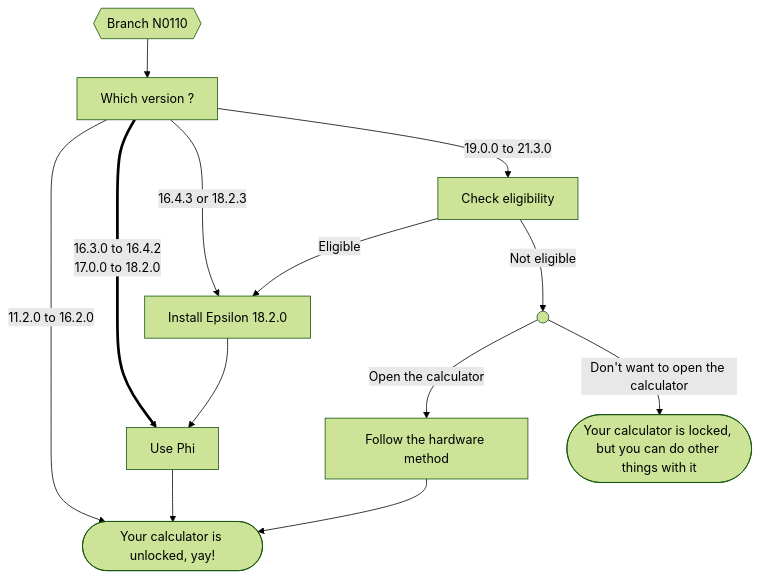
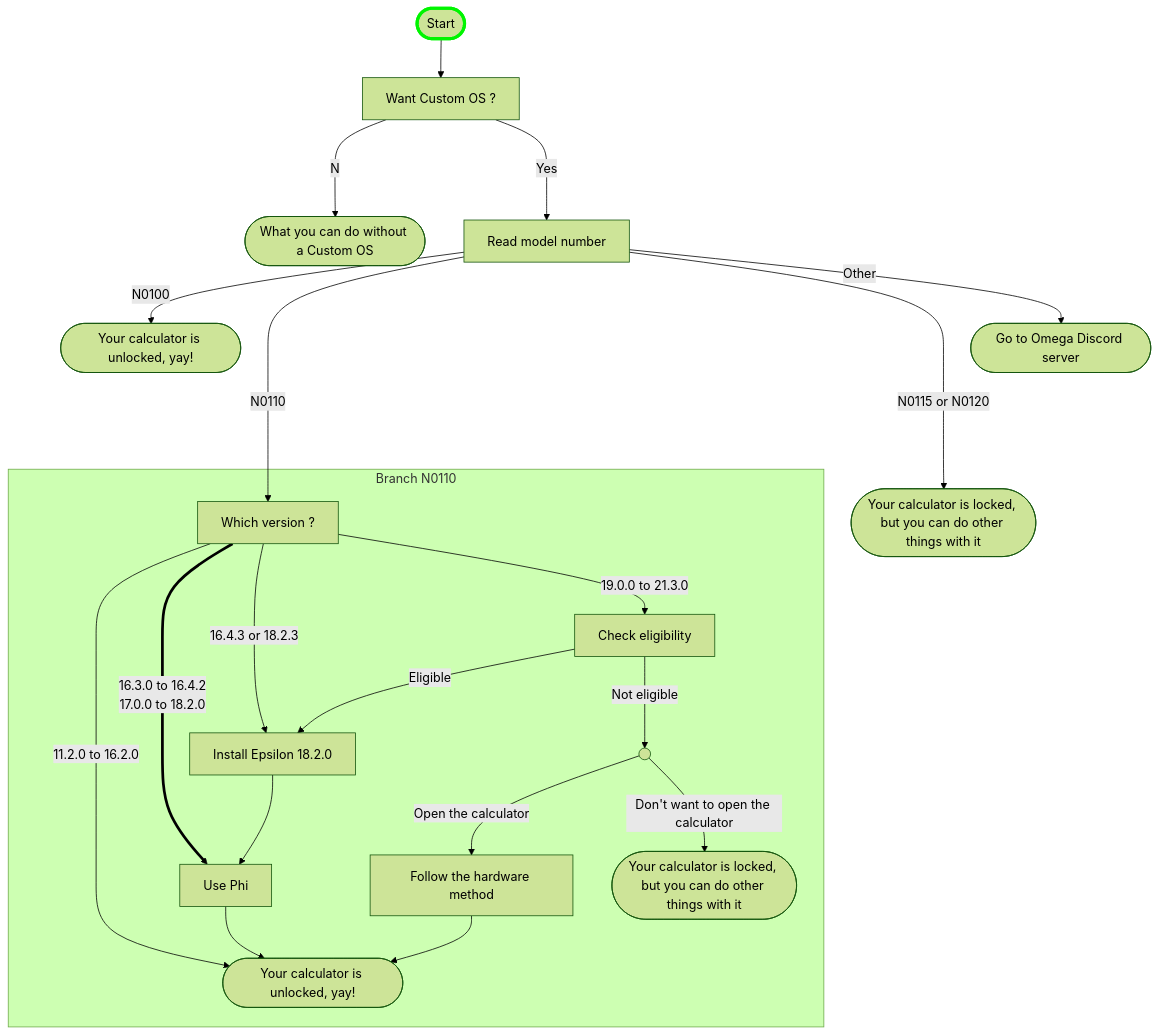
Before and after one commit to Omega-Numworks/Omega-Guide: the diagram in docs/flowchart.md, drawn with Mermaid (forest theme). The commit also changed other lines of this file and 1 other file, not shown here.

Commit message:
Flowchart, last edition (maybe)
- Flowchart updated and upgraded

````diff
--- a/docs/flowchart.md
+++ b/docs/flowchart.md
@@ -34,23 +9,48 @@
 ```mermaid
 flowchart TD
     calc_unlocked([Your calculator is unlocked, yay!])
-    calc_locked([Your calculator is locked, but you can do other things with it])
-    start{{Branch N0110}} --> check_version[Which version ?]
-    check_version --11.2.0 to 16.2.0--> calc_unlocked
-    check_version ==16.3.0 to 16.4.2\n17.0.0 to 18.2.0==> phi[Use Phi]
-    check_version --16.4.3 or 18.2.3--> install_18_2_0[Install Epsilon 18.2.0]
-    check_version --19.0.0 to 21.3.0--> downgrade_check[Check eligibility]
+    calc_locked_no_modif([What you can do without a Custom OS])
+    start([Start]) --> want_cfw[Want Custom OS ?]
+    style start stroke:#00f500,stroke-width:4px
+    want_cfw --No--> calc_locked_no_modif
+    want_cfw --->|Yes| model_number[Read model number]
+    
+    
+    model_number --N0100--> calc_unlocked
+    model_number ---->|N0110| check_version_n0110
+    model_number ---->|N0115 or N0120| calc_locked_new_calcs
+    model_number --Other--> goto_discord([Go to Omega Discord server])
+
+    click model_number "./intro"
+    click calc_locked_no_modif "./no-custom/what-to-do-locked"
+    click calc_unlocked "./cfw/choose-a-cfw"
+    click goto_discord "https://discord.gg/X2TWhh9"
+
+    subgraph n0110 [Branch N0110]
+    calc_locked_n0110([Your calculator is locked, but you can do other things with it])
+    calc_unlocked_n0110([Your calculator is unlocked, yay!])
+    check_version_n0110[Which version ?]
+    check_version_n0110 --11.2.0 to 16.2.0--> calc_unlocked_n0110
+    check_version_n0110 ==16.3.0 to 16.4.2\n17.0.0 to 18.2.0==> phi[Use Phi]
+    check_version_n0110 --16.4.3 or 18.2.3--> install_18_2_0[Install Epsilon 18.2.0]
+    check_version_n0110 --19.0.0 to 21.3.0--> downgrade_check[Check eligibility]
     downgrade_check --Eligible--> install_18_2_0
     downgrade_check --Not eligible--> downgrade_fail(( )) --Open the calculator--> hardware_method[Follow the hardware method]
-    downgrade_fail --Don't want to open the calculator--> calc_locked
+    downgrade_fail --Don't want to open the calculator--> calc_locked_n0110
     install_18_2_0 --> phi
-    phi & hardware_method --> calc_unlocked
+    phi & hardware_method --> calc_unlocked_n0110
 
-    click check_version "./n0110/n0110-is-locked"
+    click check_version_n0110 "./n0110/n0110-is-locked"
     click downgrade_check "./n0110/phi/check-version-change-eligibility"
     click install_18_2_0 "./n0110/phi/install-epsilon-18-2-0"
     click phi "./n0110/phi"
     click hardware_method "./n0110/hardware/n0110-hardware-unlock"
-    click calc_locked "./no-custom/what-to-do-locked"
-    click calc_unlocked "./cfw/choose-a-cfw"
+    click calc_locked_n0110 "./no-custom/what-to-do-locked"
+    click calc_unlocked_n0110 "./cfw/choose-a-cfw"
+
+    end
+
+    calc_locked_new_calcs([Your calculator is locked, but you can do other things with it])
+
+    click calc_locked_new_calcs "./no-custom/what-to-do-locked"
 ```
````
